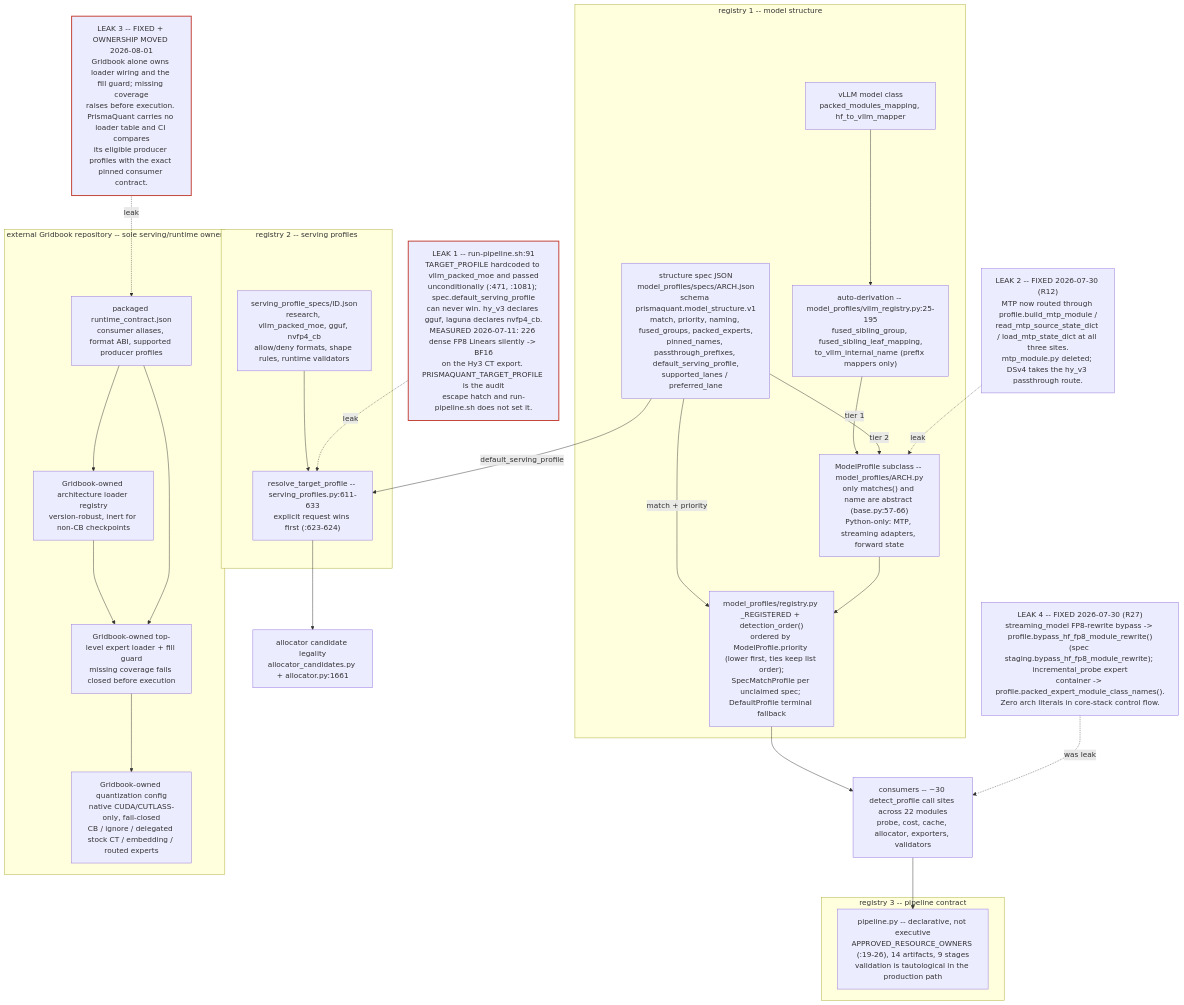
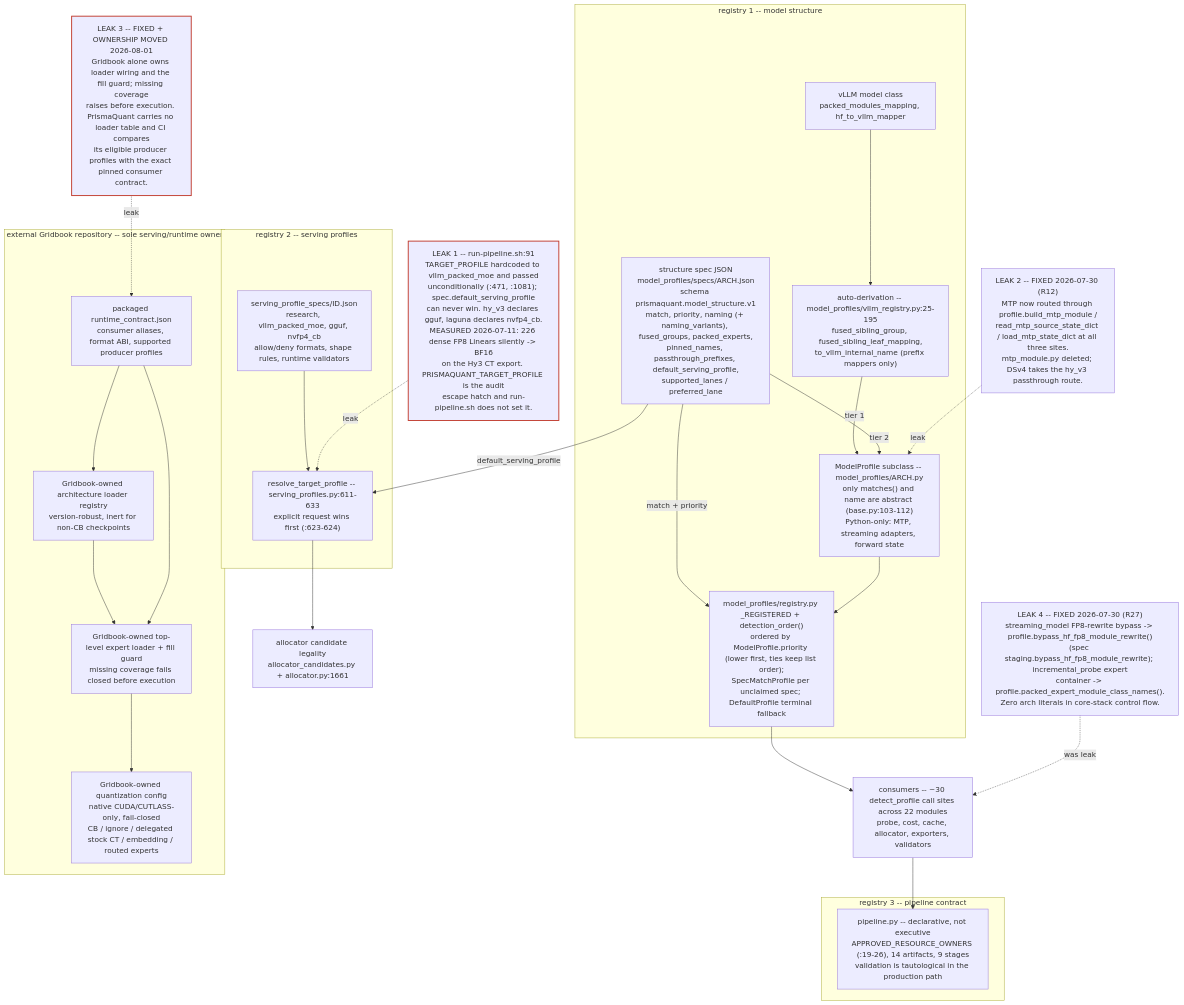
One commit to JeffreyLatter/prismaquant changed the second of 3 diagrams in docs/ARCHITECTURE.md. Above: the diagram before and after it, drawn with Mermaid. The commit also changed other lines of this file and 8 other files, not shown here.

First line of the commit message:
fix: one profile served two vLLM classes, so the head got the wrong name

````diff
--- a/docs/ARCHITECTURE.md
+++ b/docs/ARCHITECTURE.md
@@ -3259,58 +3268,58 @@
 ```mermaid
 flowchart TD
   subgraph R1["registry 1 -- model structure"]
     VLLMCLS["vLLM model class<br/>packed_modules_mapping, hf_to_vllm_mapper"]
     DERIVE["auto-derivation -- model_profiles/vllm_registry.py:25-195<br/>fused_sibling_group, fused_sibling_leaf_mapping,<br/>to_vllm_internal_name (prefix mappers only)"]
-    SPEC["structure spec JSON<br/>model_profiles/specs/ARCH.json<br/>schema prismaquant.model_structure.v1<br/>match, priority, naming, fused_groups, packed_experts,<br/>pinned_names, passthrough_prefixes, default_serving_profile,<br/>supported_lanes / preferred_lane"]
-    PROF["ModelProfile subclass -- model_profiles/ARCH.py<br/>only matches() and name are abstract (base.py:57-66)<br/>Python-only: MTP, streaming adapters, forward state"]
+    SPEC["structure spec JSON<br/>model_profiles/specs/ARCH.json<br/>schema prismaquant.model_structure.v1<br/>match, priority, naming (+ naming_variants), fused_groups, packed_experts,<br/>pinned_names, passthrough_prefixes, default_serving_profile,<br/>supported_lanes / preferred_lane"]
+    PROF["ModelProfile subclass -- model_profiles/ARCH.py<br/>only matches() and name are abstract (base.py:103-112)<br/>Python-only: MTP, streaming adapters, forward state"]
     REGY["model_profiles/registry.py _REGISTERED + detection_order()<br/>ordered by ModelProfile.priority (lower first, ties keep list order);<br/>SpecMatchProfile per unclaimed spec; DefaultProfile terminal fallback"]
   end
 
   VLLMCLS --> DERIVE
   DERIVE -->|"tier 1"| PROF
   SPEC -->|"tier 2"| PROF
   SPEC -->|"match + priority"| REGY
   PROF --> REGY
 
   CONSUMERS["consumers -- ~30 detect_profile call sites across 22 modules<br/>probe, cost, cache, allocator, exporters, validators"]
   REGY --> CONSUMERS
 
   subgraph R2["registry 2 -- serving profiles"]
     SPROF["serving_profile_specs/ID.json<br/>research, vllm_packed_moe, gguf, nvfp4_cb<br/>allow/deny formats, shape rules, runtime validators"]
     RESOLVE["resolve_target_profile -- serving_profiles.py:611-633<br/>explicit request wins first (:623-624)"]
   end
 
   SPEC -->|"default_serving_profile"| RESOLVE
   SPROF --> RESOLVE
   RESOLVE --> ALLOCGATE["allocator candidate legality<br/>allocator_candidates.py + allocator.py:1661"]
 
   subgraph R3["registry 3 -- pipeline contract"]
     PIPE["pipeline.py -- declarative, not executive<br/>APPROVED_RESOURCE_OWNERS (:19-26), 14 artifacts, 9 stages<br/>validation is tautological in the production path"]
   end
   CONSUMERS --> PIPE
 
   subgraph GB["external Gridbook repository -- sole serving/runtime owner"]
     GBPLUG["packaged runtime_contract.json<br/>consumer aliases, format ABI, supported producer profiles"]
     GBSCAN["Gridbook-owned architecture loader registry<br/>version-robust, inert for non-CB checkpoints"]
     GBINST["Gridbook-owned top-level expert loader + fill guard<br/>missing coverage fails closed before execution"]
     GBCFG["Gridbook-owned quantization config<br/>native CUDA/CUTLASS-only, fail-closed<br/>CB / ignore / delegated stock CT / embedding / routed experts"]
   end
 
   GBPLUG --> GBSCAN
   GBSCAN --> GBINST
   GBPLUG --> GBINST
   GBINST --> GBCFG
 
   L1["LEAK 1 -- run-pipeline.sh:91<br/>TARGET_PROFILE hardcoded to vllm_packed_moe and passed<br/>unconditionally (:471, :1081); spec.default_serving_profile<br/>can never win. hy_v3 declares gguf, laguna declares nvfp4_cb.<br/>MEASURED 2026-07-11: 226 dense FP8 Linears silently -> BF16<br/>on the Hy3 CT export. PRISMAQUANT_TARGET_PROFILE is the audit<br/>escape hatch and run-pipeline.sh does not set it."]
   L2["LEAK 2 -- FIXED 2026-07-30 (R12)<br/>MTP now routed through profile.build_mtp_module /<br/>read_mtp_source_state_dict / load_mtp_state_dict at all three sites.<br/>mtp_module.py deleted; DSv4 takes the hy_v3 passthrough route."]
   L3["LEAK 3 -- FIXED + OWNERSHIP MOVED 2026-08-01<br/>Gridbook alone owns loader wiring and the fill guard; missing coverage<br/>raises before execution. PrismaQuant carries no loader table and CI compares<br/>its eligible producer profiles with the exact pinned consumer contract."]
   L4["LEAK 4 -- FIXED 2026-07-30 (R27)<br/>streaming_model FP8-rewrite bypass -> profile.bypass_hf_fp8_module_rewrite()<br/>(spec staging.bypass_hf_fp8_module_rewrite); incremental_probe expert<br/>container -> profile.packed_expert_module_class_names().<br/>Zero arch literals in core-stack control flow."]
 
   L1 -.->|"leak"| RESOLVE
   L2 -.->|"leak"| PROF
   L3 -.->|"leak"| GBPLUG
   L4 -.->|"was leak"| CONSUMERS
 
   classDef leak stroke:#c0392b,stroke-width:2px
   class L1,L3 leak
 ```
````
